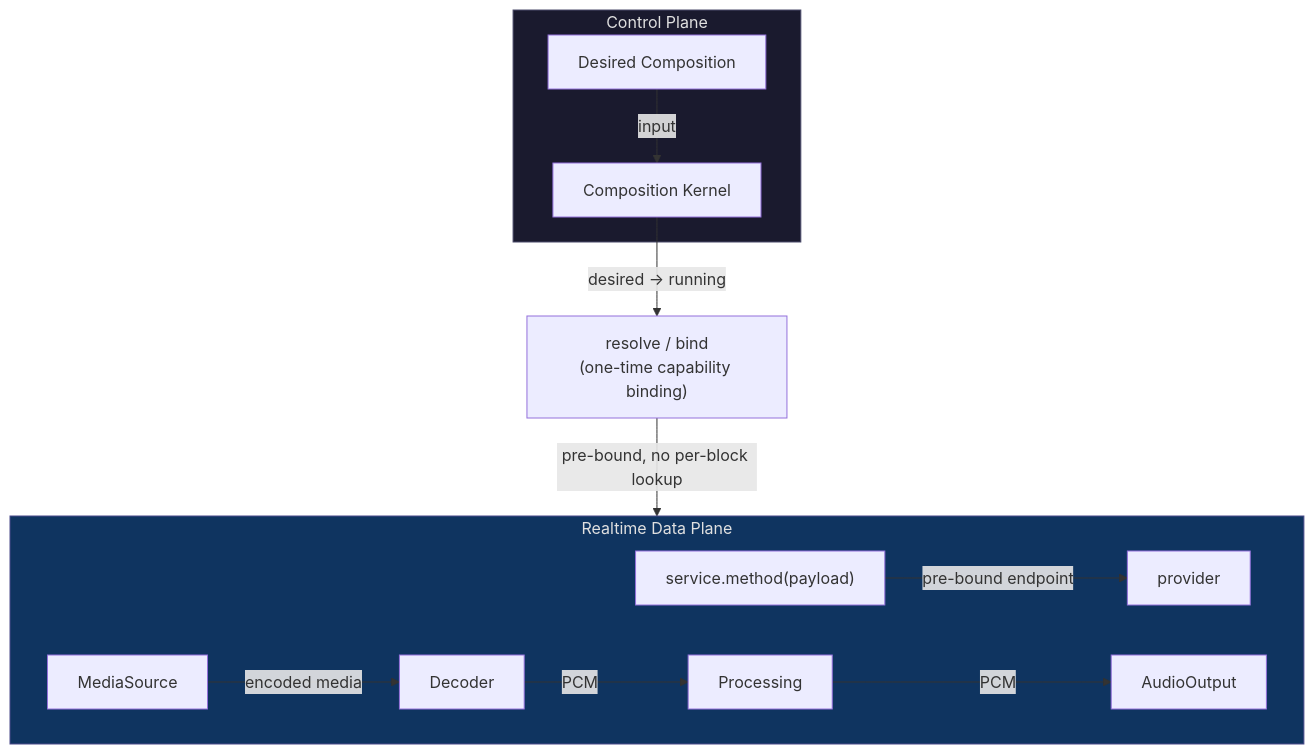
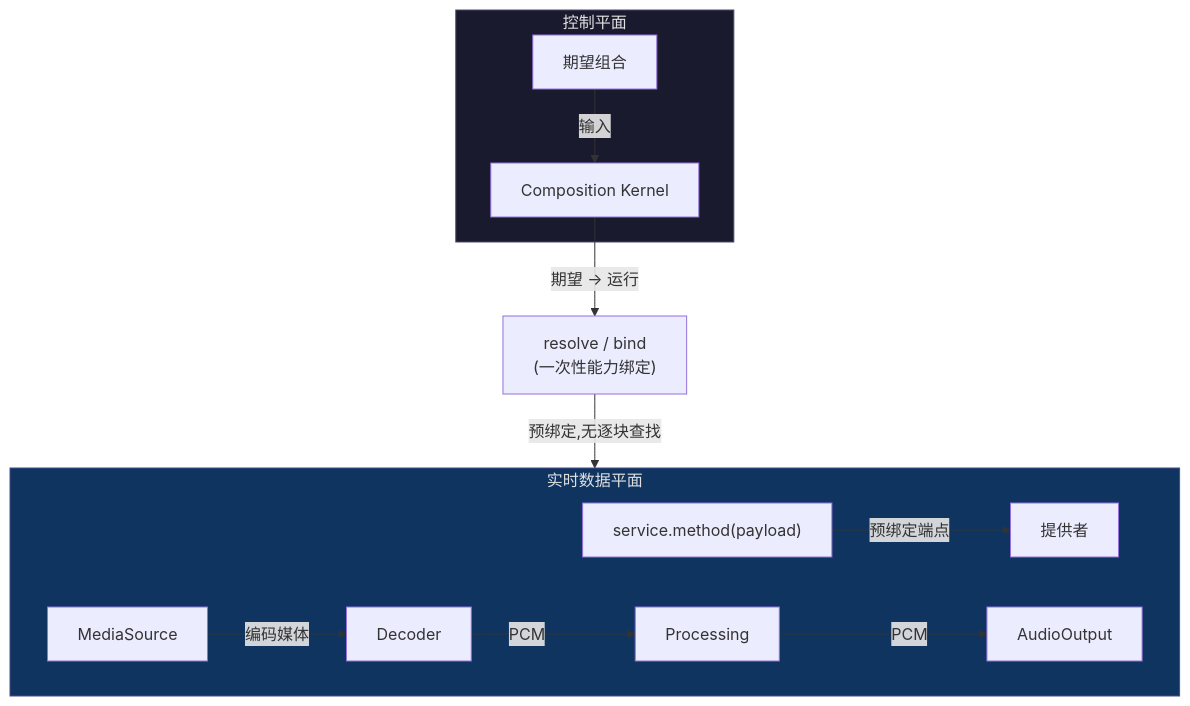
Before and after one commit to jnhu76/qianqian: the diagram in website/architecture/realtime-data-plane.md, drawn with Mermaid. The commit also changed other lines of this file and 22 other files, not shown here.

````diff
--- a/website/architecture/realtime-data-plane.md
+++ b/website/architecture/realtime-data-plane.md
@@ -20,25 +20,25 @@
 ```mermaid
 flowchart TB
-    subgraph CP["Control Plane"]
-        DC["Desired Composition"]
+    subgraph CP["控制平面"]
+        DC["期望组合"]
         CK["Composition Kernel"]
-        DC -->|"input"| CK
+        DC -->|"输入"| CK
     end
 
-    BIND["resolve / bind<br/>(one-time capability binding)"]
+    BIND["resolve / bind<br/>(一次性能力绑定)"]
 
-    CK -->|"desired → running"| BIND
+    CK -->|"期望 → 运行"| BIND
 
-    subgraph DP["Realtime Data Plane"]
+    subgraph DP["实时数据平面"]
         direction LR
-        S["service.method(payload)"] -->|"pre-bound endpoint"| P["provider"]
-        MS["MediaSource"] -->|"encoded media"| DEC["Decoder"]
+        S["service.method(payload)"] -->|"预绑定端点"| P["提供者"]
+        MS["MediaSource"] -->|"编码媒体"| DEC["Decoder"]
         DEC -->|"PCM"| PROC["Processing"]
         PROC -->|"PCM"| AOUT["AudioOutput"]
     end
 
-    BIND -->|"pre-bound, no per-block lookup"| DP
+    BIND -->|"预绑定,无逐块查找"| DP
 
     style CP fill:#1a1a2e,stroke:#4a4a6a,color:#e0e0e0
     style DP fill:#0f3460,stroke:#4a4a8a,color:#e0e0e0
 ```
````
